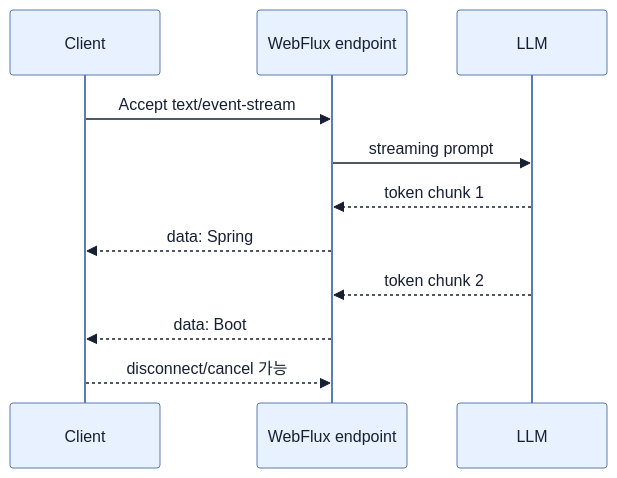
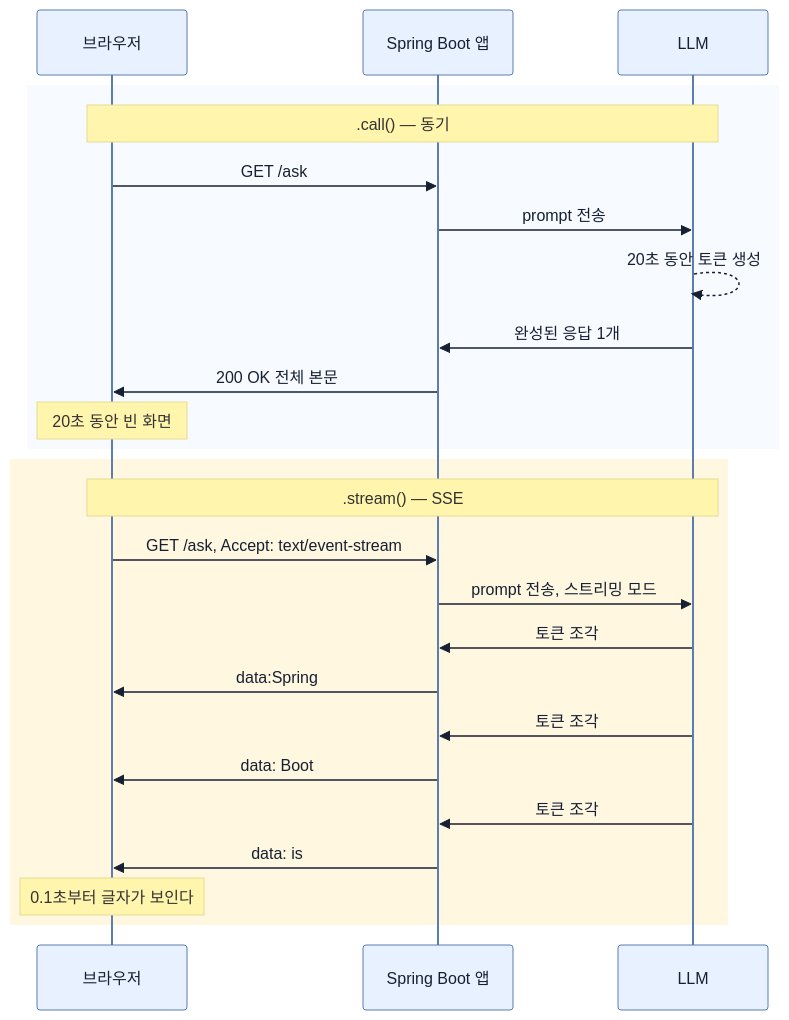
Before and after one commit to sing-u8/Learning_Spring_Boot_4: the diagram in spring-boot-4-pdf-notes/part-6-building-intelligent-applications-with-spring-ai/chapter-14-building-intelligent-applications-with-spring-ai/03-reactive-streaming-with-chatclient.md, drawn with Mermaid. The commit also changed other lines of this file and 253 other files, not shown here.

````diff
--- a/spring-boot-4-pdf-notes/part-6-building-intelligent-applications-with-spring-ai/chapter-14-building-intelligent-applications-with-spring-ai/03-reactive-streaming-with-chatclient.md
+++ b/spring-boot-4-pdf-notes/part-6-building-intelligent-applications-with-spring-ai/chapter-14-building-intelligent-applications-with-spring-ai/03-reactive-streaming-with-chatclient.md
@@ -38,14 +114,30 @@
 ```mermaid
 %%{init: {'theme': 'base', 'themeVariables': {'background': '#ffffff', 'primaryColor': '#e8f1ff', 'primaryTextColor': '#172033', 'primaryBorderColor': '#5b7db1', 'lineColor': '#52647a', 'secondaryColor': '#f7fbff', 'tertiaryColor': '#fff7df'}}}%%
 sequenceDiagram
-    participant C as Client
-    participant W as WebFlux endpoint
+    participant B as 브라우저
+    participant A as Spring Boot 앱
     participant M as LLM
-    C->>W: Accept text/event-stream
-    W->>M: streaming prompt
-    M-->>W: token chunk 1
-    W-->>C: data: Spring
-    M-->>W: token chunk 2
-    W-->>C: data: Boot
-    C-->>W: disconnect/cancel 가능
+
+    rect rgb(247, 251, 255)
+    note over B,M: .call() — 동기
+    B->>A: GET /ask
+    A->>M: prompt 전송
+    M-->>M: 20초 동안 토큰 생성
+    M->>A: 완성된 응답 1개
+    A->>B: 200 OK 전체 본문
+    note over B: 20초 동안 빈 화면
+    end
+
+    rect rgb(255, 247, 223)
+    note over B,M: .stream() — SSE
+    B->>A: GET /ask, Accept: text/event-stream
+    A->>M: prompt 전송, 스트리밍 모드
+    M->>A: 토큰 조각
+    A->>B: data:Spring
+    M->>A: 토큰 조각
+    A->>B: data: Boot
+    M->>A: 토큰 조각
+    A->>B: data: is
+    note over B: 0.1초부터 글자가 보인다
+    end
 ```
````
